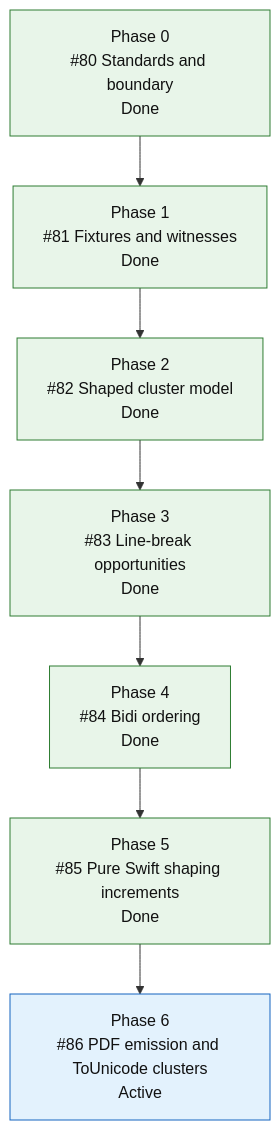
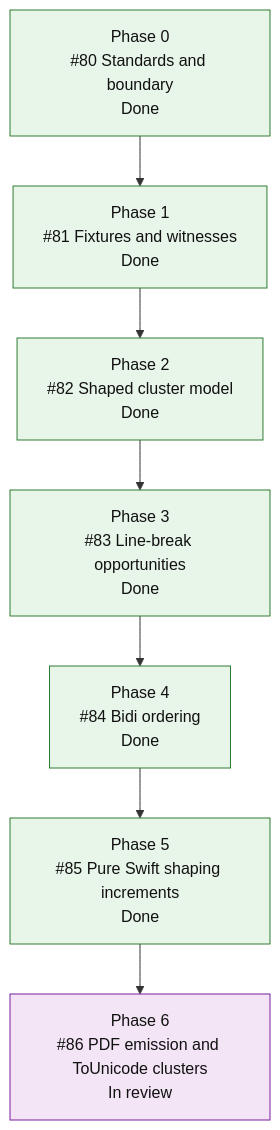
Before and after one commit to mihaelamj/MarkdownPDF: the fourth of 4 diagrams in README.md, drawn with Mermaid. The commit also changed 1 other file, not shown here.

Commit message:
docs(roadmap): mark shaped cluster emission in review

````diff
--- a/README.md
+++ b/README.md
@@ -301,20 +301,20 @@
 ```mermaid
 flowchart TD
     S0["Phase 0<br/>#80 Standards and boundary<br/>Done"]
     S1["Phase 1<br/>#81 Fixtures and witnesses<br/>Done"]
     S2["Phase 2<br/>#82 Shaped cluster model<br/>Done"]
     S3["Phase 3<br/>#83 Line-break opportunities<br/>Done"]
     S4["Phase 4<br/>#84 Bidi ordering<br/>Done"]
     S5["Phase 5<br/>#85 Pure Swift shaping increments<br/>Done"]
-    S6["Phase 6<br/>#86 PDF emission and ToUnicode clusters<br/>Active"]
+    S6["Phase 6<br/>#86 PDF emission and ToUnicode clusters<br/>In review"]
 
     S0 --> S1 --> S2 --> S3 --> S4 --> S5 --> S6
 
     classDef done fill:#e8f5e9,stroke:#2e7d32,color:#111;
     classDef active fill:#e3f2fd,stroke:#1565c0,color:#111;
     classDef review fill:#f3e5f5,stroke:#7b1fa2,color:#111;
     classDef next fill:#fff8e1,stroke:#f9a825,color:#111;
     classDef todo fill:#eef3ff,stroke:#3367d6,color:#111;
     class S0,S1,S2,S3,S4,S5 done;
-    class S6 active;
+    class S6 review;
 ```
````
